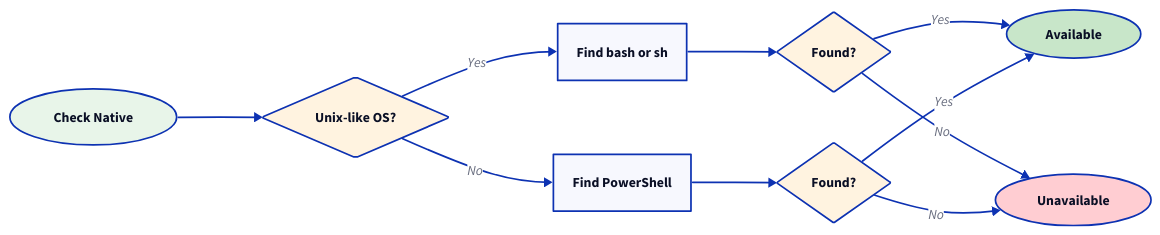
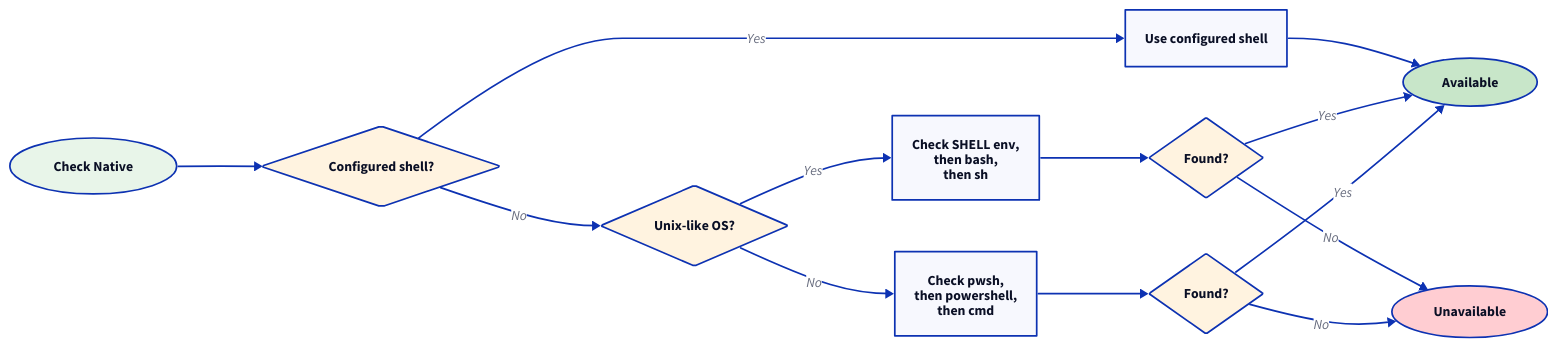
The diagram in docs/diagrams/flowcharts/runtime-native-check.d2 (invowk/invowk), drawn with D2 before and after one commit. The commit also changed 9 other files, not shown here. The source asks for the TALA layout; these drawings use dagre instead.

```diff
--- a/docs/diagrams/flowcharts/runtime-native-check.d2
+++ b/docs/diagrams/flowcharts/runtime-native-check.d2
@@ -1,57 +1,69 @@
 # Native Runtime Availability Check Flowchart
 #
 # Shows how Invowk determines if the native runtime is available
-# by checking for bash/sh on Unix or PowerShell on Windows.
+# by using a configured shell override, then Unix SHELL env/bash/sh
+# or Windows pwsh/powershell/cmd.
 #
 # Source: docs/architecture/flowchart-runtime-selection.md
 
 vars: {
   d2-config: {
     layout-engine: tala
   }
 }
 
 direction: right
 
 Start: Check Native {
   shape: oval
   style.fill: "#E8F5E9"
 }
+
+Configured: Configured shell? {
+  shape: diamond
+  style.fill: "#FFF3E0"
+}
+
+UseConfigured: Use configured shell
+
 Unix: Unix-like OS? {
   shape: diamond
   style.fill: "#FFF3E0"
 }
 
-FindShell: Find bash or sh
+FindShell: Check SHELL env,\nthen bash,\nthen sh
 
-FindPS: Find PowerShell
+FindWinShell: Check pwsh,\nthen powershell,\nthen cmd
 
 HasShell: Found? {
   shape: diamond
   style.fill: "#FFF3E0"
 }
 
-HasPS: Found? {
+HasWinShell: Found? {
   shape: diamond
   style.fill: "#FFF3E0"
 }
 
 Available: Available {
   shape: oval
   style.fill: "#C8E6C9"
 }
 
 Unavailable: Unavailable {
   shape: oval
   style.fill: "#FFCDD2"
 }
 
-Start -> Unix
+Start -> Configured
+Configured -> UseConfigured: Yes
+Configured -> Unix: No
+UseConfigured -> Available
 Unix -> FindShell: Yes
-Unix -> FindPS: No
+Unix -> FindWinShell: No
 FindShell -> HasShell
-FindPS -> HasPS
+FindWinShell -> HasWinShell
 HasShell -> Available: Yes
 HasShell -> Unavailable: No
-HasPS -> Available: Yes
-HasPS -> Unavailable: No
+HasWinShell -> Available: Yes
+HasWinShell -> Unavailable: No
```
